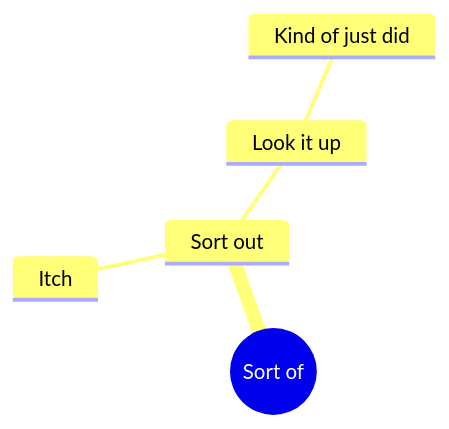
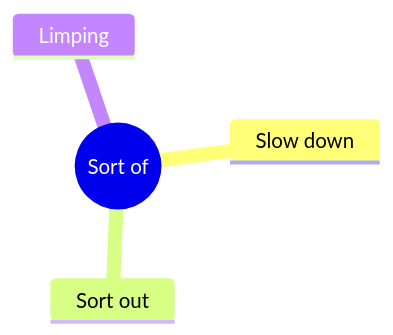
Before and after one commit to AndreMaria/english-2026: the diagram in sort-of.md, drawn with Mermaid. The commit also changed 12 other files, not shown here.

````diff
--- a/sort-of.md
+++ b/sort-of.md
@@ -11,8 +11,7 @@
 ``` mermaid
 mindmap
   root((Sort of))
+      Slow down
       Sort out
-        Itch
-        Look it up
-          Kind of just did
+      Limping
 ```
````
